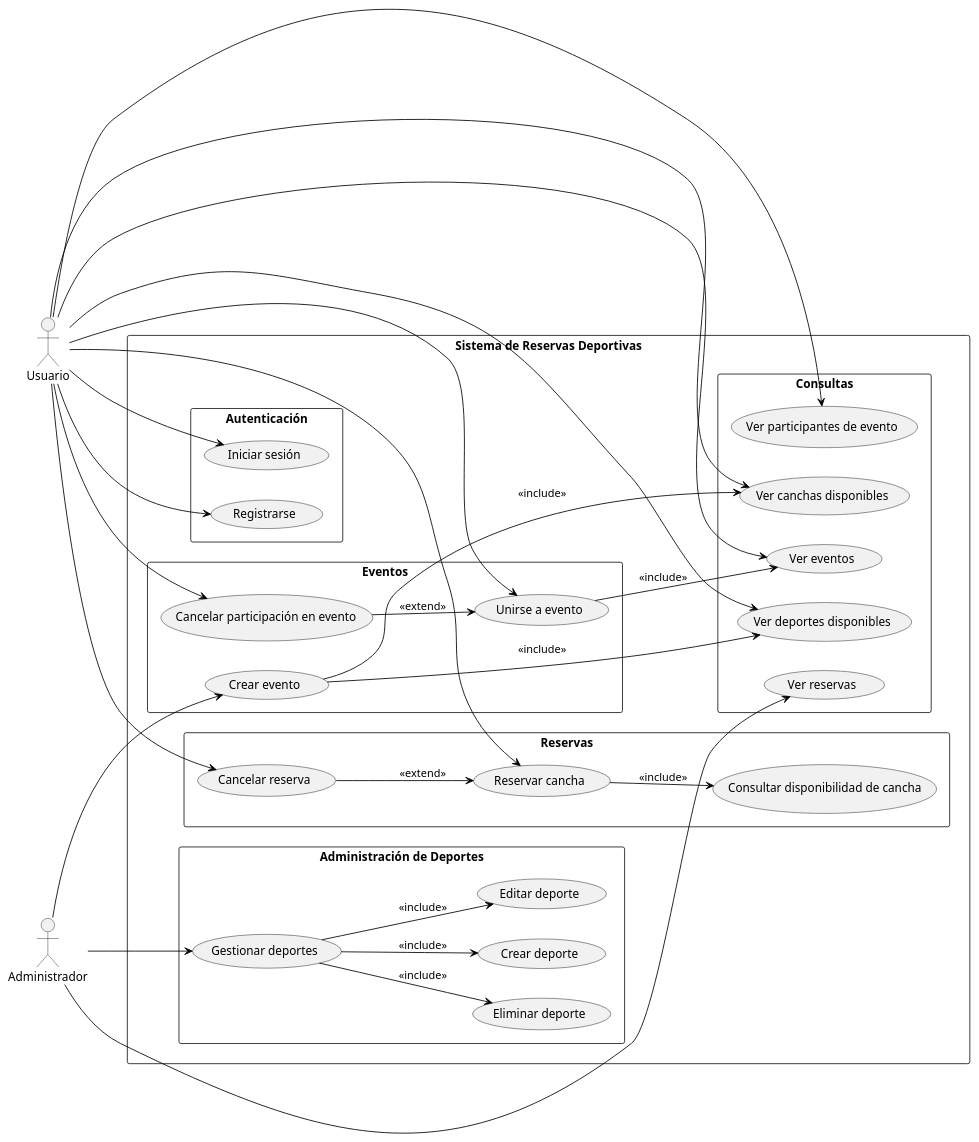
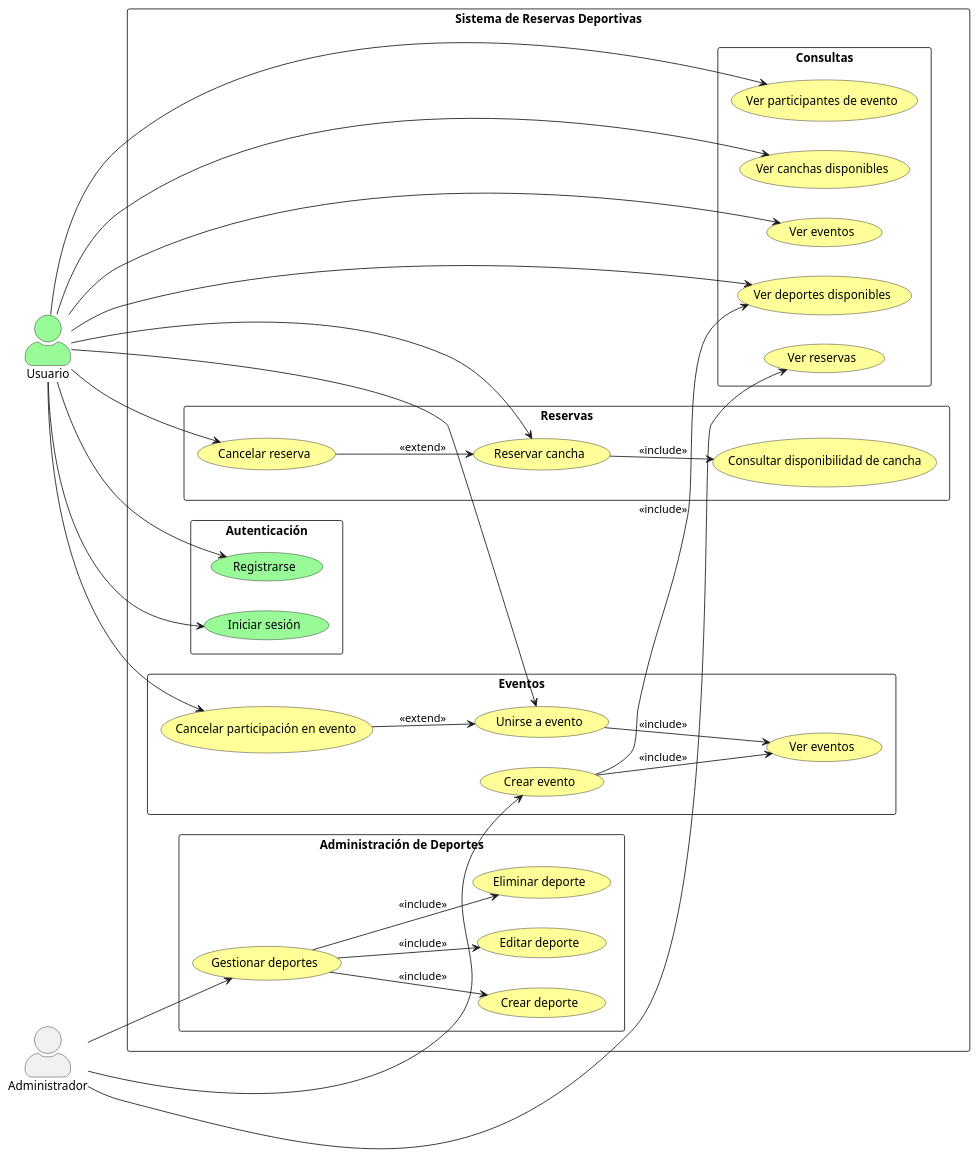
The diagram in resources/UseCases/useCases.puml (Camilo-845/GoSport-scheduling-system), drawn with PlantUML before and after one commit. The commit also changed other lines of this file and 1 other file, not shown here.

```diff
--- a/resources/UseCases/useCases.puml
+++ b/resources/UseCases/useCases.puml
@@ -2,57 +1,66 @@
 @startuml
 skinparam packageStyle rectangle
-skinparam usecase {
-  BackgroundColor<<include>> LightBlue
-  BackgroundColor<<extend>> LightGreen
-  BorderColor Black
-  ArrowColor Black
-  ActorBorderColor Black
-}
+skinparam actorStyle awesome
 
 left to right direction
 
-actor Usuario as U
+actor Usuario as U #palegreen
 actor Administrador as A
-
 rectangle "Sistema de Reservas Deportivas" {
 
   package "Autenticación" {
-    U --> (Registrarse)
-    U --> (Iniciar sesión)
+    usecase "Registrarse" as UC1 #palegreen;text:black
+    usecase "Iniciar sesión" as UC2 #palegreen;text:black
+    U --> UC1
+    U --> UC2
   }
 
   package "Consultas" {
-    U --> (Ver deportes disponibles)
-    U --> (Ver canchas disponibles)
-    U --> (Ver eventos)
-    U --> (Ver participantes de evento)
-    A --> (Ver reservas)
+    usecase "Ver deportes disponibles" as UC3 #FFFF99;text:black
+    usecase "Ver canchas disponibles" as UC4 #FFFF99;text:black
+    usecase "Ver eventos" as UC5 #FFFF99;text:black
+    usecase "Ver participantes de evento" as UC6 #FFFF99;text:black
+    usecase "Ver reservas" as UC7 #FFFF99;text:black
+    U --> UC3
+    U --> UC4
+    U --> UC5
+    U --> UC6
+    A --> UC7
   }
 
   package "Reservas" {
-    U --> (Reservar cancha)
-    (Reservar cancha) --> (Consultar disponibilidad de cancha) : <<include>>
-    U --> (Cancelar reserva)
-    (Cancelar reserva) --> (Reservar cancha) : <<extend>>
+    usecase "Reservar cancha" as UC8 #FFFF99;text:black
+    usecase "Consultar disponibilidad de cancha" as UC9 #FFFF99;text:black
+    usecase "Cancelar reserva" as UC10 #FFFF99;text:black
+    U --> UC8
+    UC8 --> UC9 : <<include>>
+    U --> UC10
+    UC10 --> UC8 : <<extend>>
   }
 
   package "Eventos" {
-    U --> (Unirse a evento)
-    (Unirse a evento) --> (Ver eventos) : <<include>>
-    U --> (Cancelar participación en evento)
-    (Cancelar participación en evento) --> (Unirse a evento) : <<extend>>
-
-    A --> (Crear evento)
-    (Crear evento) --> (Ver canchas disponibles) : <<include>>
-    (Crear evento) --> (Ver deportes disponibles) : <<include>>
+    usecase "Unirse a evento" as UC11 #FFFF99;text:black
+    usecase "Ver eventos" as UC12 #FFFF99;text:black
+    usecase "Cancelar participación en evento" as UC13 #FFFF99;text:black
+    usecase "Crear evento" as UC14 #FFFF99;text:black
+    U --> UC11
+    UC11 --> UC12 : <<include>>
+    U --> UC13
+    UC13 --> UC11 : <<extend>>
+    A --> UC14
+    UC14 --> UC12 : <<include>>
+    UC14 --> UC3 : <<include>>
   }
 
   package "Administración de Deportes" {
-    A --> (Gestionar deportes)
-    (Gestionar deportes) --> (Crear deporte) : <<include>>
-    (Gestionar deportes) --> (Editar deporte) : <<include>>
-    (Gestionar deportes) --> (Eliminar deporte) : <<include>>
+    usecase "Gestionar deportes" as UC15 #FFFF99;text:black
+    usecase "Crear deporte" as UC16 #FFFF99;text:black
+    usecase "Editar deporte" as UC17 #FFFF99;text:black
+    usecase "Eliminar deporte" as UC18 #FFFF99;text:black
+    A --> UC15
+    UC15 --> UC16 : <<include>>
+    UC15 --> UC17 : <<include>>
+    UC15 --> UC18 : <<include>>
   }
 }
-
 @enduml
```
